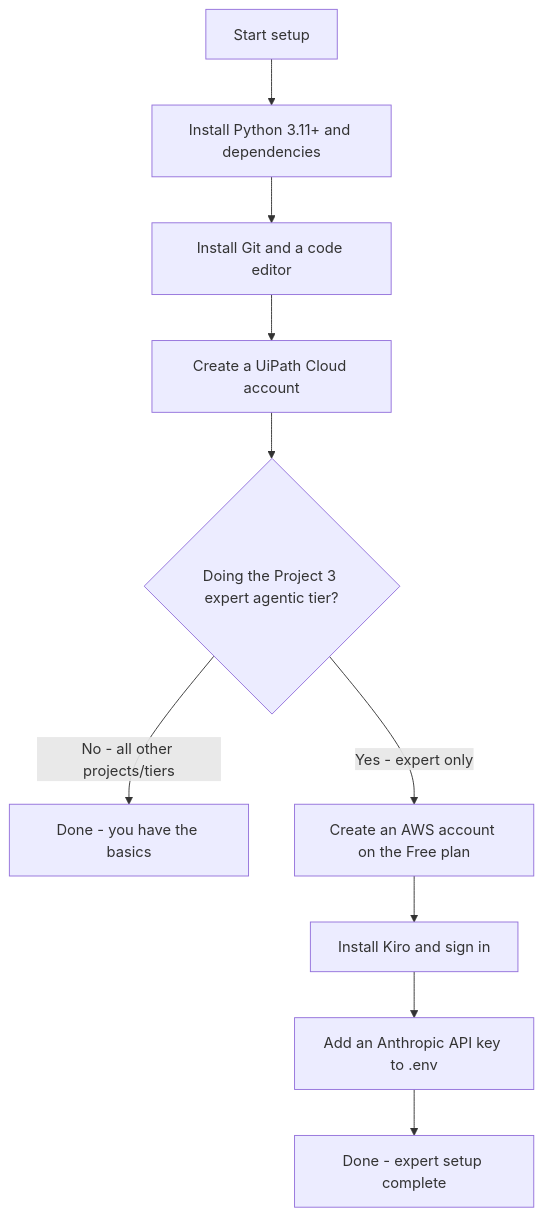
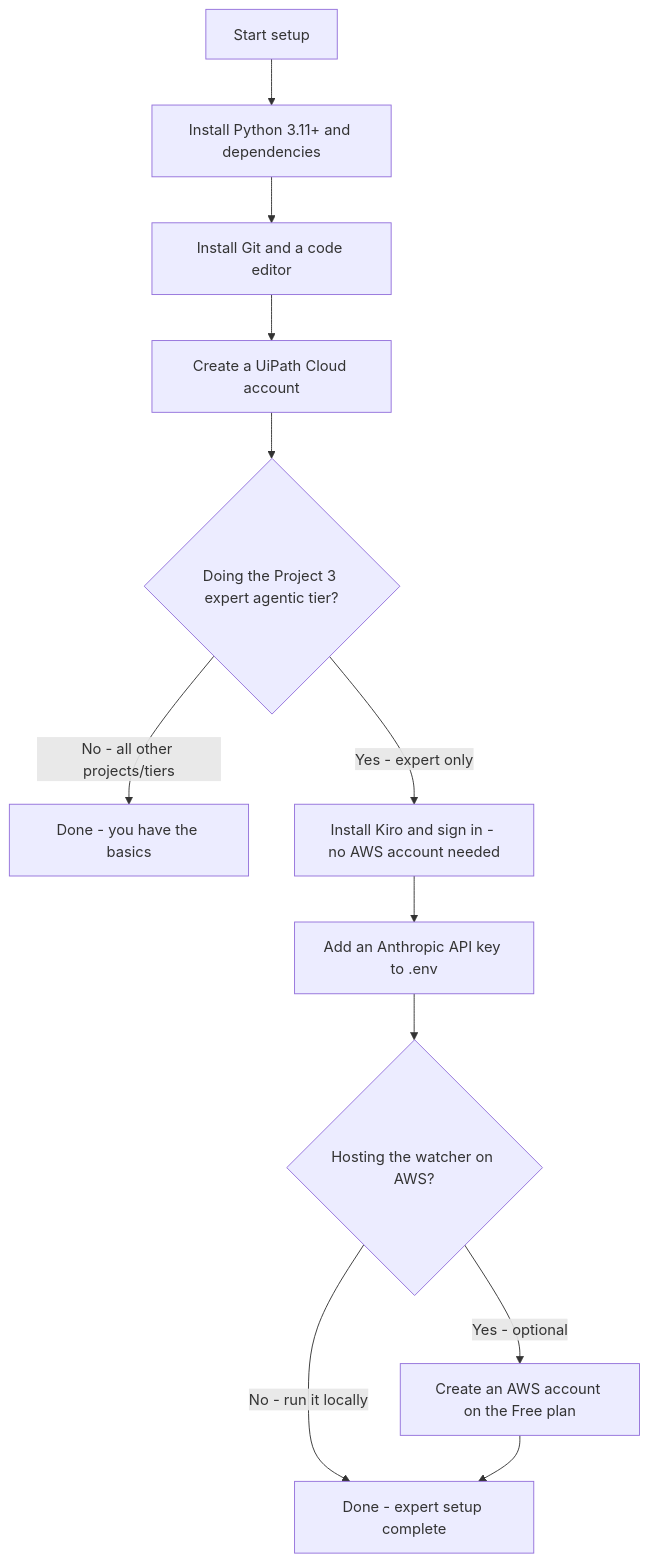
Before and after one commit to PrajwalAIProject/rpa-ai-workshop: the diagram in 00-prerequisites/README.md, drawn with Mermaid. The commit also changed other lines of this file and 3 other files, not shown here.

Commit message:
docs: sharpen prereq guides with card-free AWS options, Kiro 50-credit free tier (no AWS account), and UiPath Community terms

````diff
--- a/00-prerequisites/README.md
+++ b/00-prerequisites/README.md
@@ -28,12 +29,14 @@
 ```mermaid
 flowchart TD
     A[Start setup] --> B[Install Python 3.11+ and dependencies]
     B --> C[Install Git and a code editor]
     C --> D[Create a UiPath Cloud account]
     D --> E{Doing the Project 3 expert agentic tier?}
     E -->|No - all other projects/tiers| F[Done - you have the basics]
-    E -->|Yes - expert only| G[Create an AWS account on the Free plan]
-    G --> H[Install Kiro and sign in]
+    E -->|Yes - expert only| H[Install Kiro and sign in - no AWS account needed]
     H --> I[Add an Anthropic API key to .env]
-    I --> J[Done - expert setup complete]
+    I --> K{Hosting the watcher on AWS?}
+    K -->|No - run it locally| J[Done - expert setup complete]
+    K -->|Yes - optional| G[Create an AWS account on the Free plan]
+    G --> J
 ```
````
